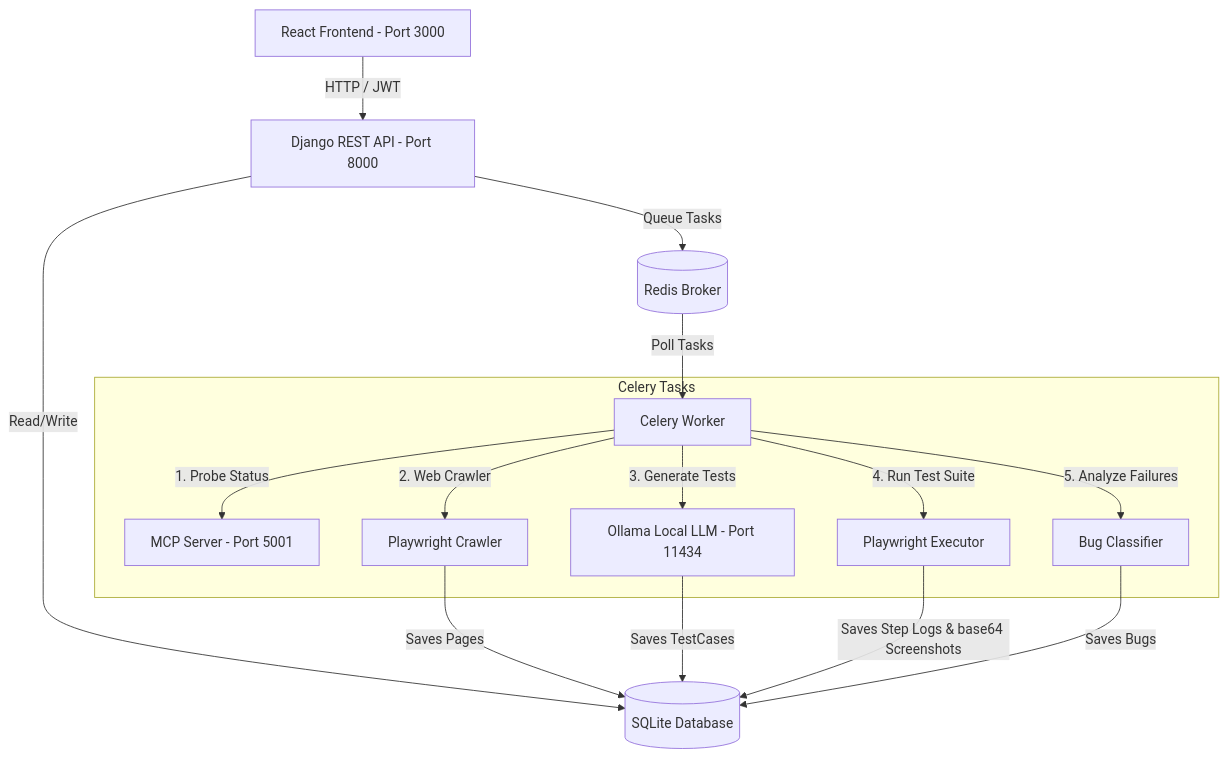
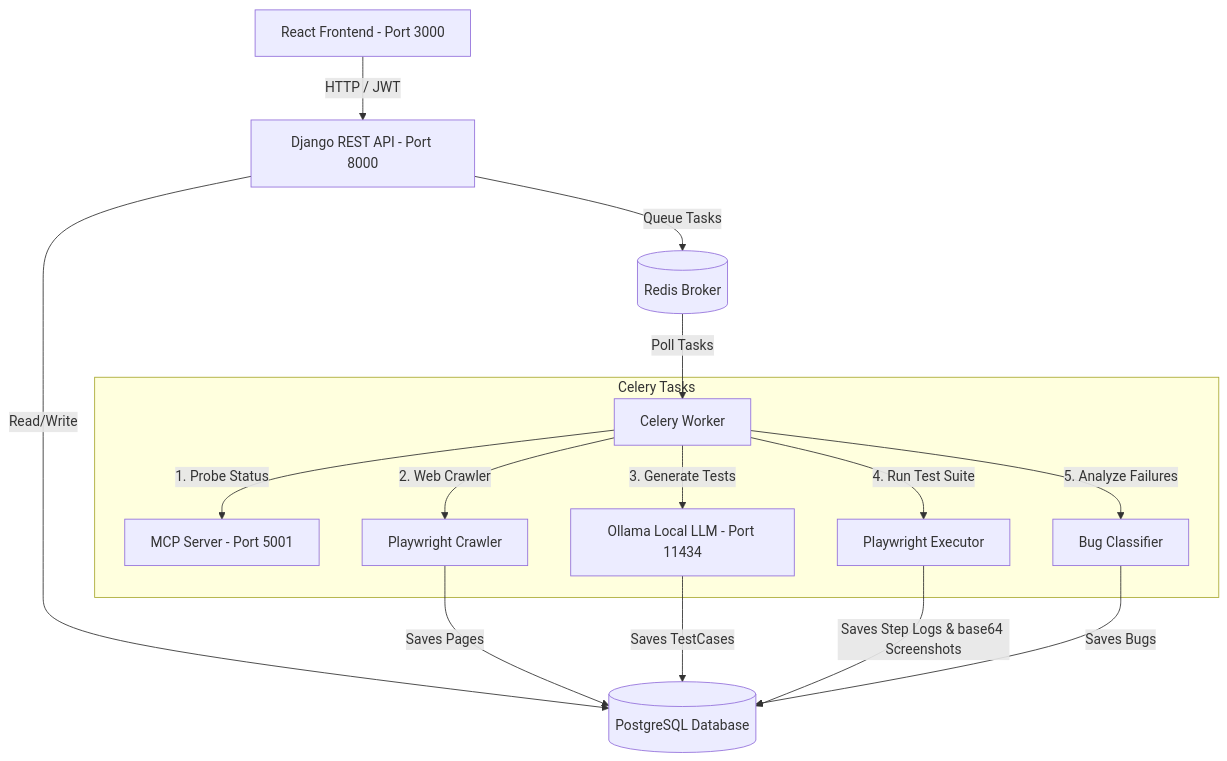
Before and after one commit to Nayan2713/QA_AI_Platform: the diagram in README.md, drawn with Mermaid. The commit also changed other lines of this file and 9 other files, not shown here.

````diff
--- a/README.md
+++ b/README.md
@@ -11,20 +11,20 @@
 ```mermaid
 graph TD
     Client[React Frontend - Port 3000] -->|HTTP / JWT| API[Django REST API - Port 8000]
-    API -->|Read/Write| DB[(SQLite Database)]
+    API -->|Read/Write| DB[(PostgreSQL Database)]
     API -->|Queue Tasks| Redis[(Redis Broker)]
     Redis -->|Poll Tasks| Celery[Celery Worker]
     
     subgraph Celery Tasks
         Celery -->|1. Probe Status| MCP[MCP Server - Port 5001]
         Celery -->|2. Web Crawler| PW_Craw[Playwright Crawler]
         Celery -->|3. Generate Tests| LLM[Ollama Local LLM - Port 11434]
         Celery -->|4. Run Test Suite| PW_Exec[Playwright Executor]
         Celery -->|5. Analyze Failures| Bug_Det[Bug Classifier]
     end
     
     PW_Craw -->|Saves Pages| DB
     LLM -->|Saves TestCases| DB
     PW_Exec -->|Saves Step Logs & base64 Screenshots| DB
     Bug_Det -->|Saves Bugs| DB
 ```
````
